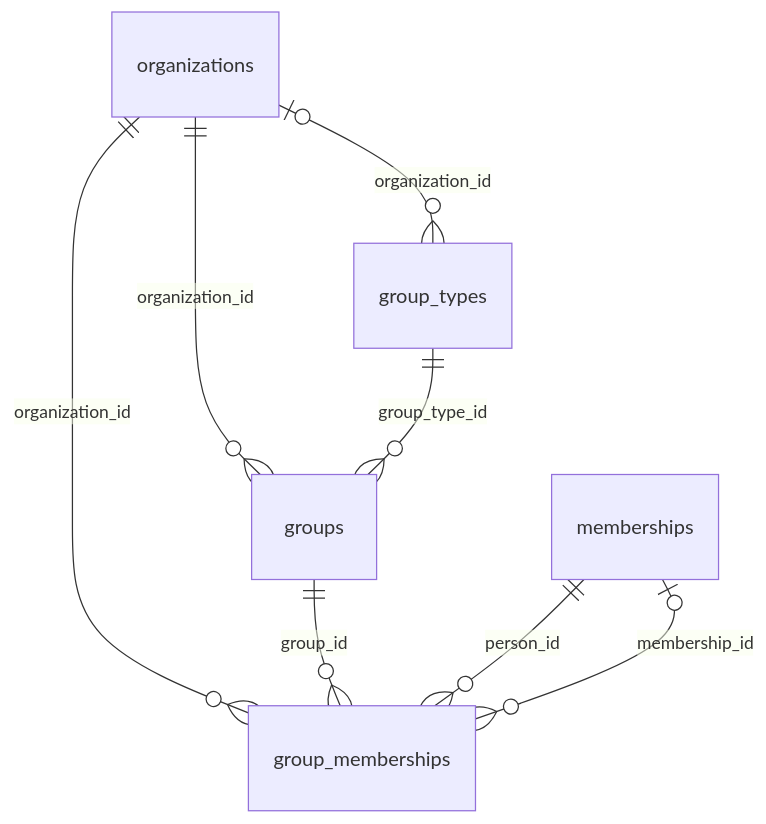
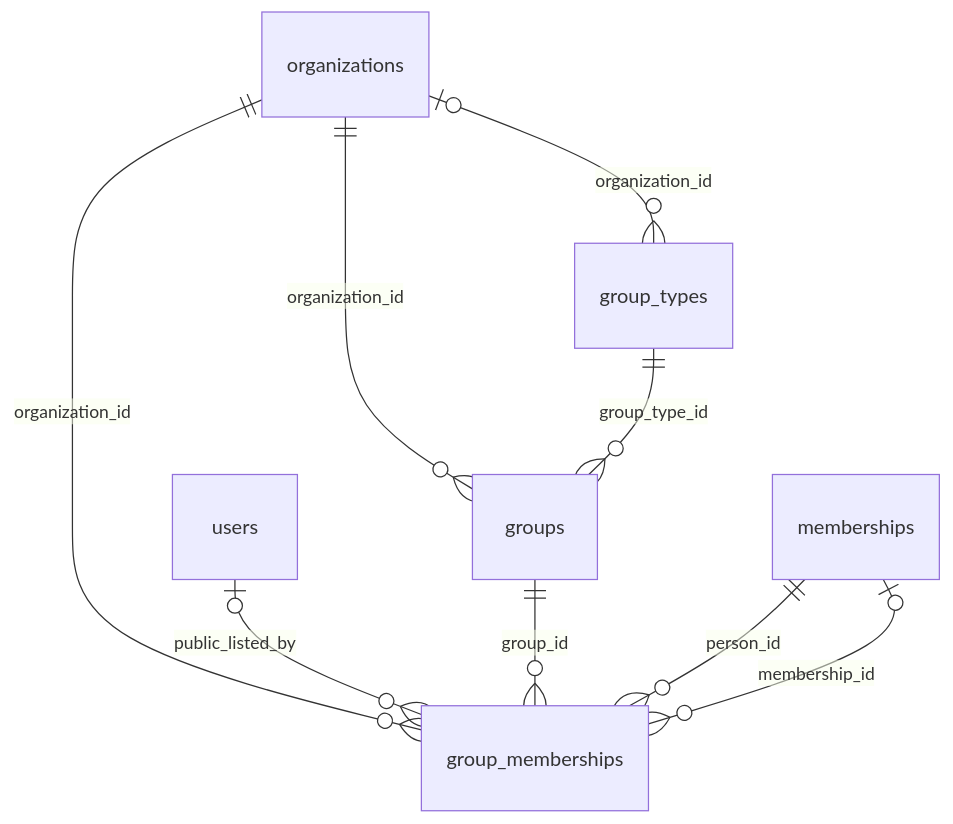
The sixth of 10 diagrams in docs/schema-design.md (chenson42/presby), drawn with Mermaid before and after one commit. The commit also changed other lines of this file and 61 other files, not shown here.

````diff
--- a/docs/schema-design.md
+++ b/docs/schema-design.md
@@ -183,10 +185,11 @@
 ```mermaid
 erDiagram
   organizations ||--o{ group_memberships : "organization_id"
+  users |o--o{ group_memberships : "public_listed_by"
   groups ||--o{ group_memberships : "group_id"
   memberships ||--o{ group_memberships : "person_id"
   memberships |o--o{ group_memberships : "membership_id"
   organizations |o--o{ group_types : "organization_id"
   organizations ||--o{ groups : "organization_id"
   group_types ||--o{ groups : "group_type_id"
 ```
````
